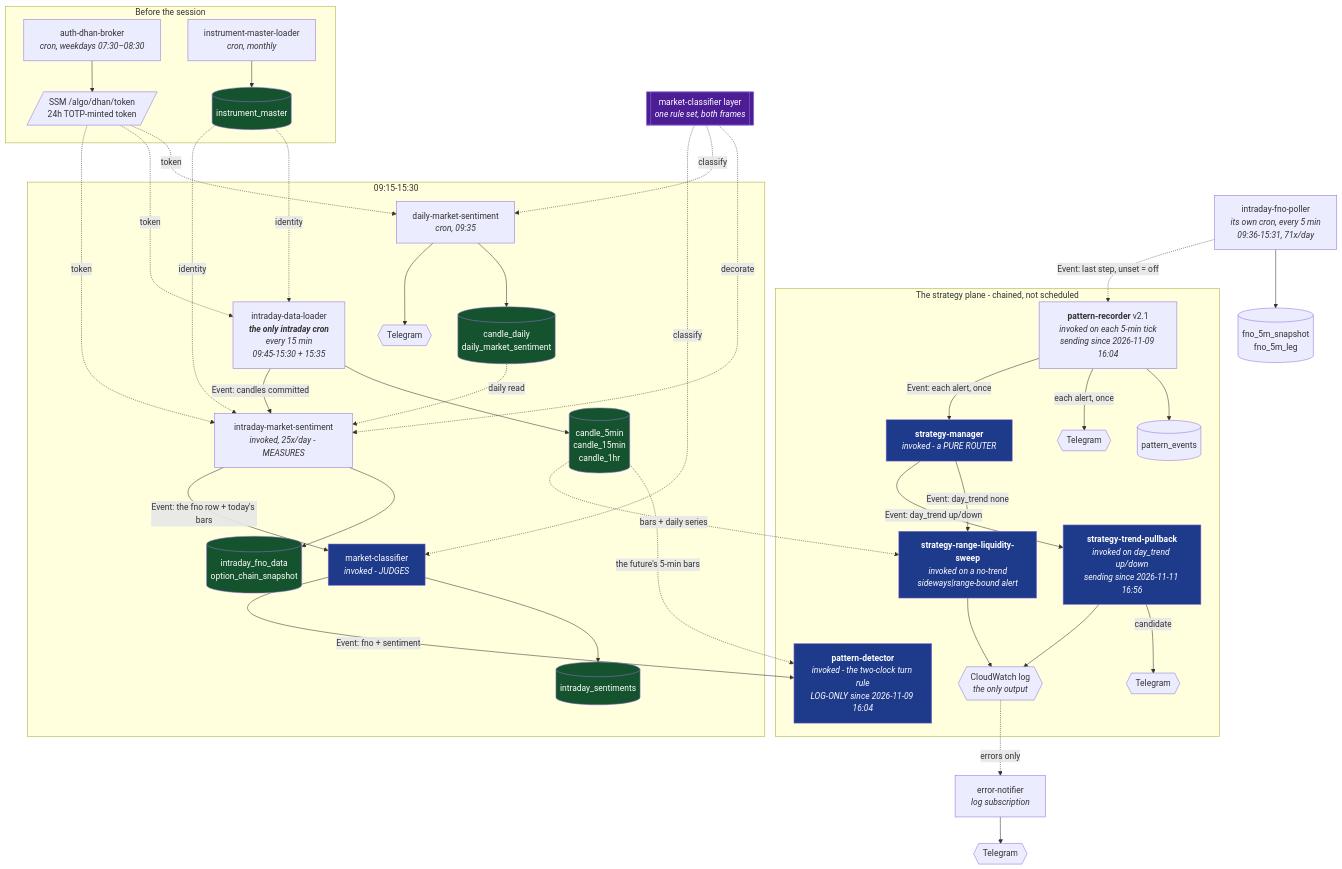
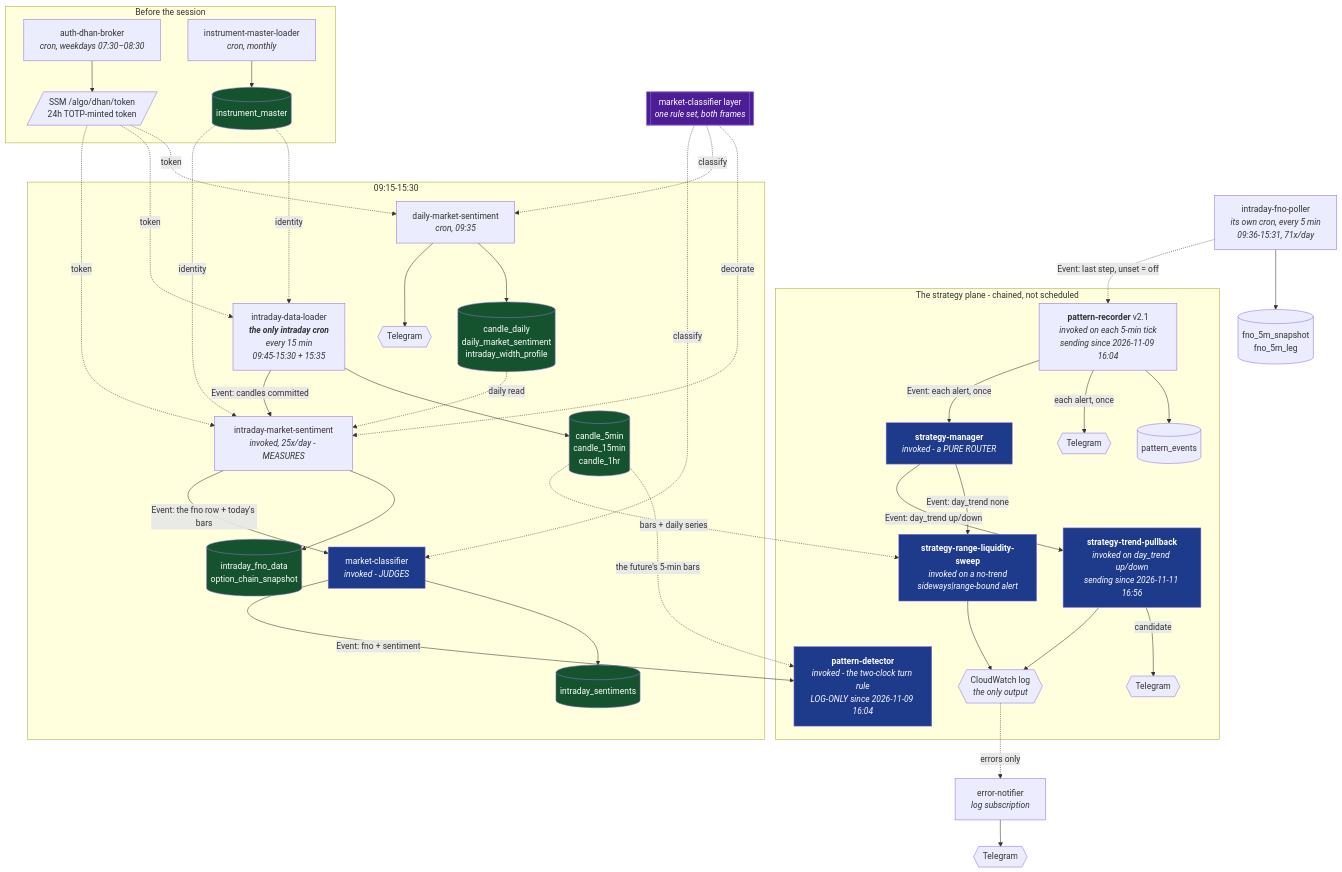
One commit to amar7585/aws-algo-claude changed the first of 7 diagrams in docs/flow.md. Above: the diagram before and after it, drawn with Mermaid. The commit also changed other lines of this file and 25 other files, not shown here.

````diff
--- a/docs/flow.md
+++ b/docs/flow.md
@@ -10,68 +10,68 @@
 ```mermaid
 flowchart TD
     subgraph BEFORE["Before the session"]
         AUTH["auth-dhan-broker<br/><i>cron, weekdays 07:30–08:30</i>"] --> SSM[/"SSM /algo/dhan/token<br/>24h TOTP-minted token"/]
         LOADER["instrument-master-loader<br/><i>cron, monthly</i>"] --> IM[("instrument_master")]
     end
 
     subgraph SESSION["09:15-15:30"]
-        DAILY["daily-market-sentiment<br/><i>cron, 09:35</i>"] --> DTBL[("candle_daily<br/>daily_market_sentiment")]
+        DAILY["daily-market-sentiment<br/><i>cron, 09:35</i>"] --> DTBL[("candle_daily<br/>daily_market_sentiment<br/>intraday_width_profile")]
         DAILY --> TG1{{"Telegram"}}
 
         CANDLES["intraday-data-loader<br/><i><b>the only intraday cron</b><br/>every 15 min<br/>09:45-15:30 + 15:35</i>"] --> CTBL[("candle_5min<br/>candle_15min<br/>candle_1hr")]
 
         SENT["intraday-market-sentiment<br/><i>invoked, 25x/day - MEASURES</i>"] --> STBL[("intraday_fno_data<br/>option_chain_snapshot")]
         CLSF["market-classifier<br/><i>invoked - JUDGES</i>"] --> SENTBL[("intraday_sentiments")]
     end
 
     subgraph STRAT["The strategy plane - chained, not scheduled"]
         PD["<b>pattern-detector</b><br/><i>invoked - the two-clock turn rule<br/>LOG-ONLY since 2026-11-09 16:04</i>"]
         MGR["<b>strategy-manager</b><br/><i>invoked - a PURE ROUTER</i>"]
         SWEEP["<b>strategy-range-liquidity-sweep</b><br/><i>invoked on a no-trend<br/>sideways|range-bound alert</i>"]
         TREND["<b>strategy-trend-pullback</b><br/><i>invoked on day_trend up/down<br/>sending since 2026-11-11 16:56</i>"]
         REC["<b>pattern-recorder</b> v2.1<br/><i>invoked on each 5-min tick<br/>sending since 2026-11-09 16:04</i>"] --> PEV[("pattern_events")]
         REC -->|"each alert, once"| TG3{{"Telegram"}}
         REC -->|"Event: each alert, once"| MGR
         MGR -->|"Event: day_trend none"| SWEEP
         MGR -->|"Event: day_trend up/down"| TREND
         SWEEP --> LOG{{"CloudWatch log<br/><i>the only output</i>"}}
         TREND -->|"candidate"| TG4{{"Telegram"}}
         TREND --> LOG
     end
 
     POLL["intraday-fno-poller<br/><i>its own cron, every 5 min<br/>09:36-15:31, 71x/day</i>"] --> PTBL[("fno_5m_snapshot<br/>fno_5m_leg")]
     POLL -.->|"Event: last step, unset = off"| REC
 
     CANDLES -->|"Event: candles committed"| SENT
     SENT -->|"Event: the fno row + today's bars"| CLSF
     CLSF -->|"Event: fno + sentiment"| PD
 
     SSM -.token.-> DAILY
     SSM -.token.-> CANDLES
     SSM -.token.-> SENT
     CTBL -.the future's 5-min bars.-> PD
     CTBL -.bars + daily series.-> SWEEP
     DTBL -.daily read.-> SENT
     IM -.identity.-> CANDLES
     IM -.identity.-> SENT
 
     CLS[["market-classifier layer<br/><i>one rule set, both frames</i>"]]
     CLS -.decorate.-> SENT
     CLS -.classify.-> DAILY
     CLS -.classify.-> CLSF
     style CLS fill:#4c1d95,color:#fff
 
     ERR["error-notifier<br/><i>log subscription</i>"] --> TG2{{"Telegram"}}
     LOG -.errors only.-> ERR
 
     style STBL fill:#14532d,color:#fff
     style SENTBL fill:#14532d,color:#fff
     style CTBL fill:#14532d,color:#fff
     style DTBL fill:#14532d,color:#fff
     style IM fill:#14532d,color:#fff
     style CLSF fill:#1e3a8a,color:#fff
     style PD fill:#1e3a8a,color:#fff
     style MGR fill:#1e3a8a,color:#fff
     style SWEEP fill:#1e3a8a,color:#fff
     style TREND fill:#1e3a8a,color:#fff
 ```
````
